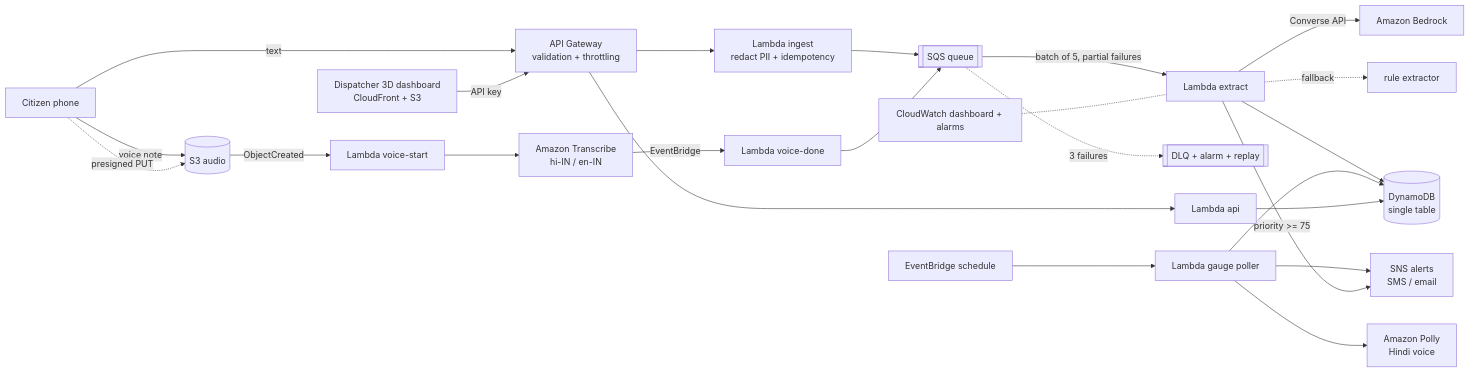
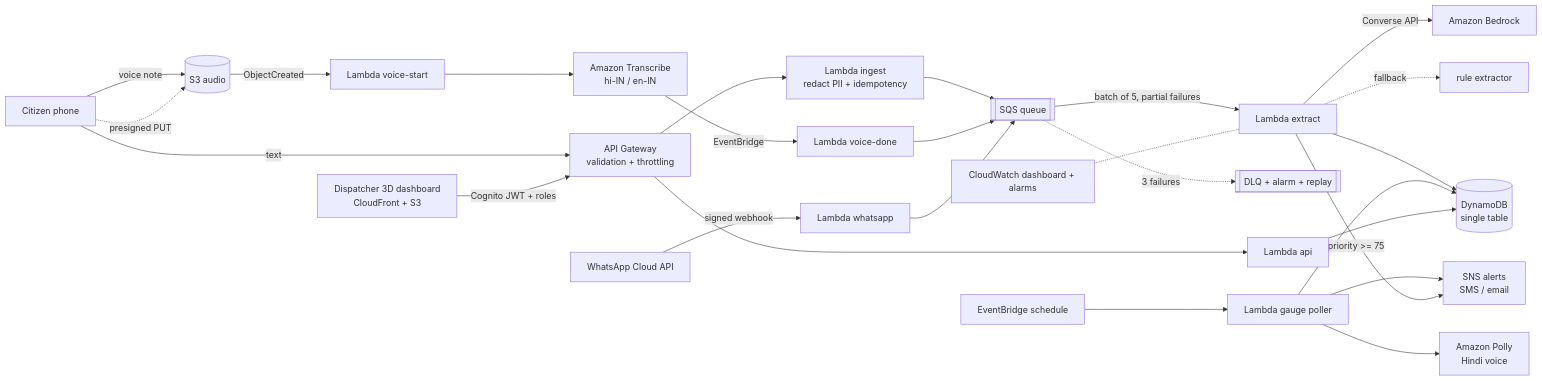
The diagram in README.md (abhishek5228/BaadhMitra-Bihar), drawn with Mermaid before and after one commit. The commit also changed other lines of this file and 49 other files, not shown here.

Commit message:
Government-readiness: Cognito roles + audit log, WhatsApp webhook, rate limiting, stale-aware gauge feed, village lookup, dialect vocabulary, offline citizen PWA, optional WAF, load test, pilot/security/privacy/SOP docs

````diff
--- a/README.md
+++ b/README.md
@@ -21,26 +22,27 @@
 ```mermaid
 flowchart LR
   C[Citizen phone] -->|text| APIGW[API Gateway<br/>validation + throttling]
   C -->|voice note| S3[(S3 audio)]
   APIGW --> ING[Lambda ingest<br/>redact PII + idempotency]
   C -. presigned PUT .-> S3
   S3 -->|ObjectCreated| VS[Lambda voice-start]
   VS --> TR[Amazon Transcribe<br/>hi-IN / en-IN]
   TR -->|EventBridge| VD[Lambda voice-done]
   ING --> Q[[SQS queue]]
   VD --> Q
   Q -->|batch of 5, partial failures| EX[Lambda extract]
   EX -->|Converse API| BR[Amazon Bedrock]
   EX -. fallback .-> RULE[rule extractor]
   Q -. 3 failures .-> DLQ[[DLQ + alarm + replay]]
   EX --> DDB[(DynamoDB<br/>single table)]
   EB[EventBridge schedule] --> G[Lambda gauge poller]
   G --> DDB
   G --> POLLY[Amazon Polly<br/>Hindi voice]
   G --> SNS[SNS alerts<br/>SMS / email]
   EX -->|priority >= 75| SNS
-  DASH[Dispatcher 3D dashboard<br/>CloudFront + S3] -->|API key| APIGW
+  WA[WhatsApp Cloud API] -->|signed webhook| WAL[Lambda whatsapp] --> Q
+  DASH[Dispatcher 3D dashboard<br/>CloudFront + S3] -->|Cognito JWT + roles| APIGW
   APIGW --> API[Lambda api]
   API --> DDB
   CW[CloudWatch dashboard + alarms] -.- EX
 ```
````
